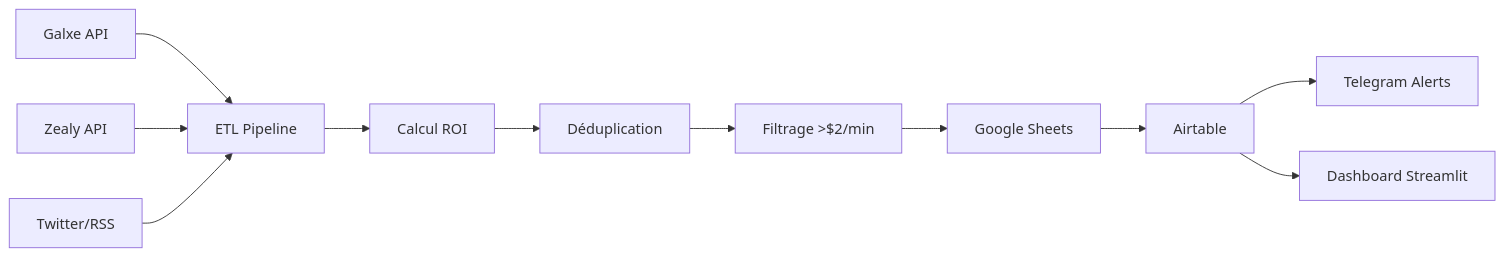
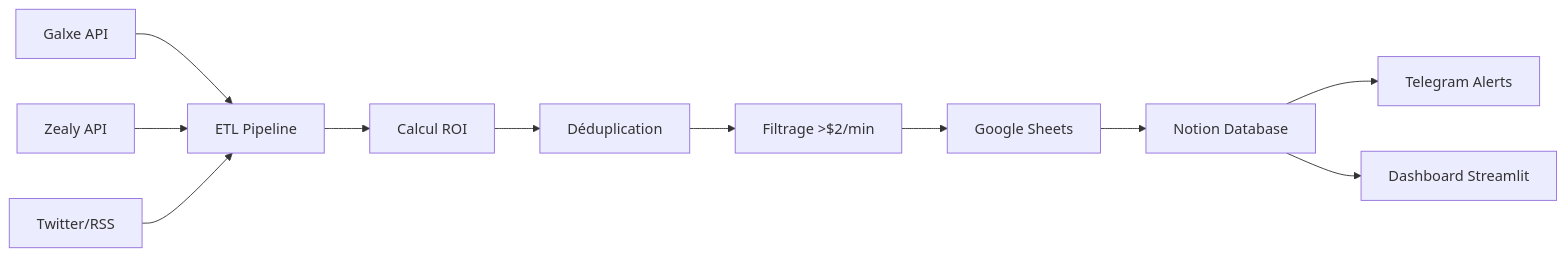
The diagram in task-planning/MASTER-ROADMAP.md (ClaudelMbz/web3-opps-tracker), drawn with Mermaid before and after one commit. The commit also changed other lines of this file and 5 other files, not shown here.

````diff
--- a/task-planning/MASTER-ROADMAP.md
+++ b/task-planning/MASTER-ROADMAP.md
@@ -114,13 +115,13 @@
 ```mermaid
 graph LR
     A[Galxe API] --> D[ETL Pipeline]
     B[Zealy API] --> D
     C[Twitter/RSS] --> D
     D --> E[Calcul ROI]
     E --> F[Déduplication]
     F --> G[Filtrage >$2/min]
     G --> H[Google Sheets]
-    H --> I[Airtable]
+    H --> I[Notion Database]
     I --> J[Telegram Alerts]
     I --> K[Dashboard Streamlit]
 ```
````
